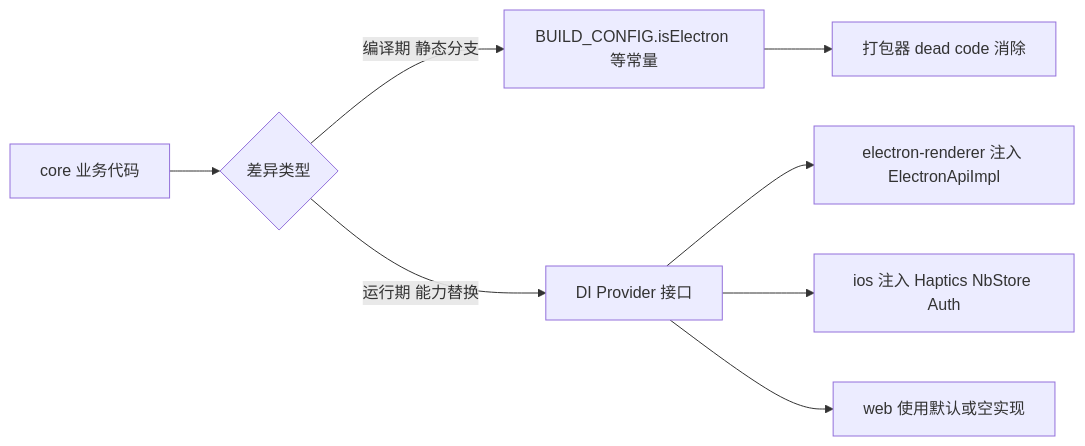
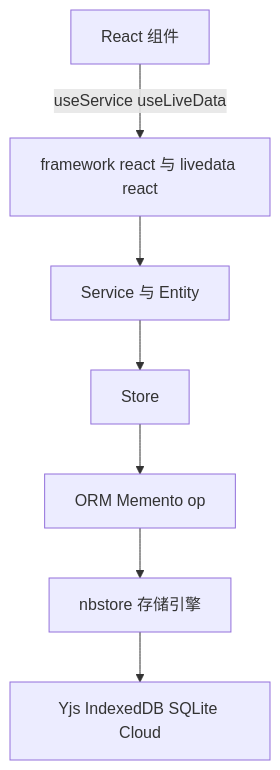
One commit to lfire/AFFiNE changed the first of 5 diagrams in learning-guide/slides/decks/20.md. Above: the diagram before and after it, drawn with Mermaid. The commit also changed other lines of this file and 73 other files, not shown here.

````diff
--- a/learning-guide/slides/decks/20.md
+++ b/learning-guide/slides/decks/20.md
@@ -33,10 +32,9 @@
 ```mermaid
-flowchart LR
-  A["core 业务代码"] --> B{"差异类型"}
-  B -->|"编译期 静态分支"| C["BUILD_CONFIG.isElectron 等常量"]
-  C --> C1["打包器 dead code 消除"]
-  B -->|"运行期 能力替换"| D["DI Provider 接口"]
-  D --> D1["electron-renderer 注入 ElectronApiImpl"]
-  D --> D2["ios 注入 Haptics NbStore Auth"]
-  D --> D3["web 使用默认或空实现"]
+flowchart TB
+  UI["React 组件"] -->|"useService useLiveData"| Hooks["framework react 与 livedata react"]
+  Hooks --> Svc["Service 与 Entity"]
+  Svc --> Store["Store"]
+  Store --> Infra["ORM Memento op"]
+  Infra --> Engine["nbstore 存储引擎"]
+  Engine --> Yjs["Yjs IndexedDB SQLite Cloud"]
 ```
````
